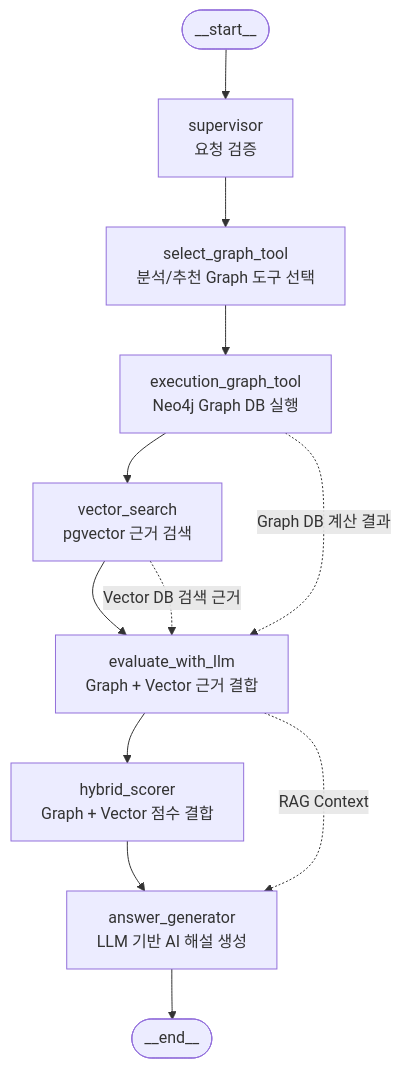
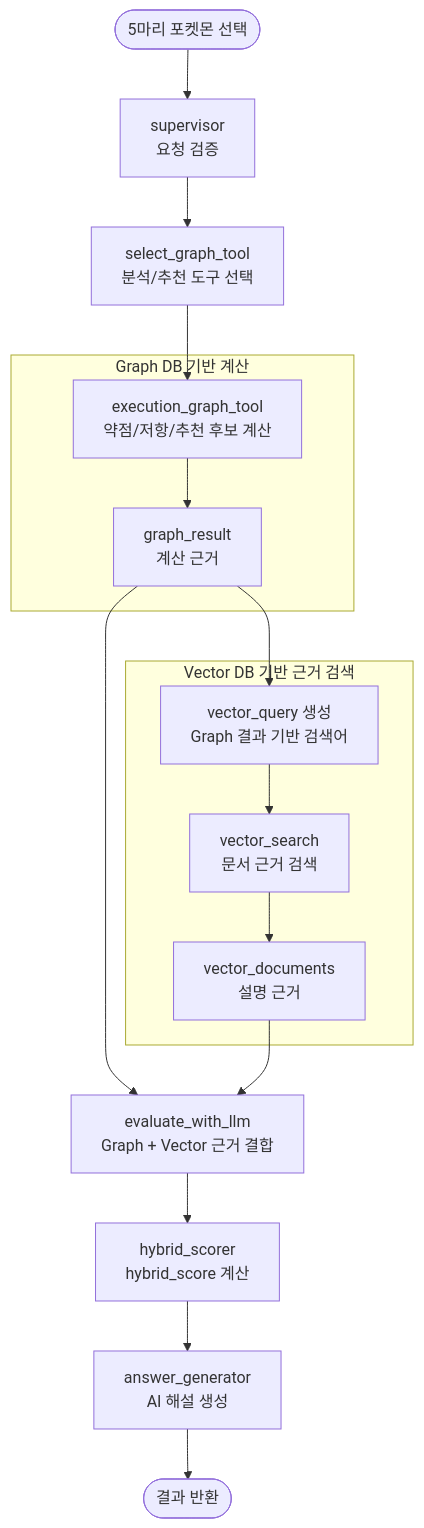
Before and after one commit to SKNETWORKS-FAMILY-AICAMP/SKN27-3rd-3TEAM: the diagram in backend/team_build_rag/workflow_diagram.md, drawn with Mermaid. The commit also changed other lines of this file and 2 other files, not shown here.

Commit message:
md 파일들 수정정

````diff
--- a/backend/team_build_rag/workflow_diagram.md
+++ b/backend/team_build_rag/workflow_diagram.md
@@ -11,25 +12,29 @@
 ```mermaid
 flowchart TD
-    START(["__start__"])
+    START(["5마리 포켓몬 선택"])
     SUP["supervisor<br/>요청 검증"]
-    SELECT["select_graph_tool<br/>분석/추천 Graph 도구 선택"]
-    GRAPH["execution_graph_tool<br/>Neo4j Graph DB 실행"]
-    VECTOR["vector_search<br/>pgvector 근거 검색"]
+    SELECT["select_graph_tool<br/>분석/추천 도구 선택"]
+
+    subgraph GRAPH_SIDE["Graph DB 기반 계산"]
+        GRAPH["execution_graph_tool<br/>약점/저항/추천 후보 계산"]
+        G_DOC["graph_result<br/>계산 근거"]
+    end
+
+    subgraph VECTOR_SIDE["Vector DB 기반 근거 검색"]
+        QUERY["vector_query 생성<br/>Graph 결과 기반 검색어"]
+        VECTOR["vector_search<br/>문서 근거 검색"]
+        V_DOC["vector_documents<br/>설명 근거"]
+    end
+
     EVAL["evaluate_with_llm<br/>Graph + Vector 근거 결합"]
-    HYBRID["hybrid_scorer<br/>Graph + Vector 점수 결합"]
-    ANSWER["answer_generator<br/>LLM 기반 AI 해설 생성"]
-    END(["__end__"])
+    SCORE["hybrid_scorer<br/>hybrid_score 계산"]
+    ANSWER["answer_generator<br/>AI 해설 생성"]
+    END(["결과 반환"])
 
-    START --> SUP
-    SUP --> SELECT
-    SELECT --> GRAPH
-    GRAPH --> VECTOR
-    VECTOR --> EVAL
-    EVAL --> HYBRID
-    HYBRID --> ANSWER
-    ANSWER --> END
-
-    GRAPH -. "Graph DB 계산 결과" .-> EVAL
-    VECTOR -. "Vector DB 검색 근거" .-> EVAL
-    EVAL -. "RAG Context" .-> ANSWER
+    START --> SUP --> SELECT --> GRAPH
+    GRAPH --> G_DOC
+    G_DOC --> QUERY --> VECTOR --> V_DOC
+    G_DOC --> EVAL
+    V_DOC --> EVAL
+    EVAL --> SCORE --> ANSWER --> END
 ```
````
